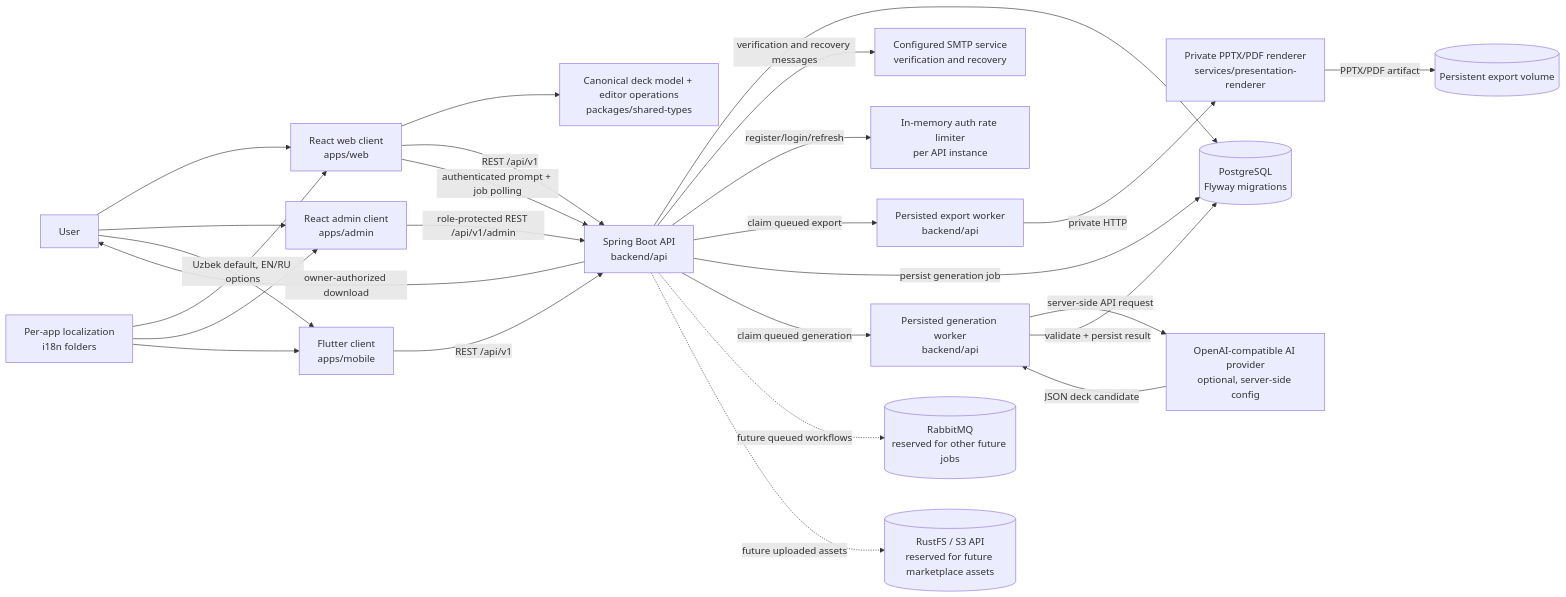
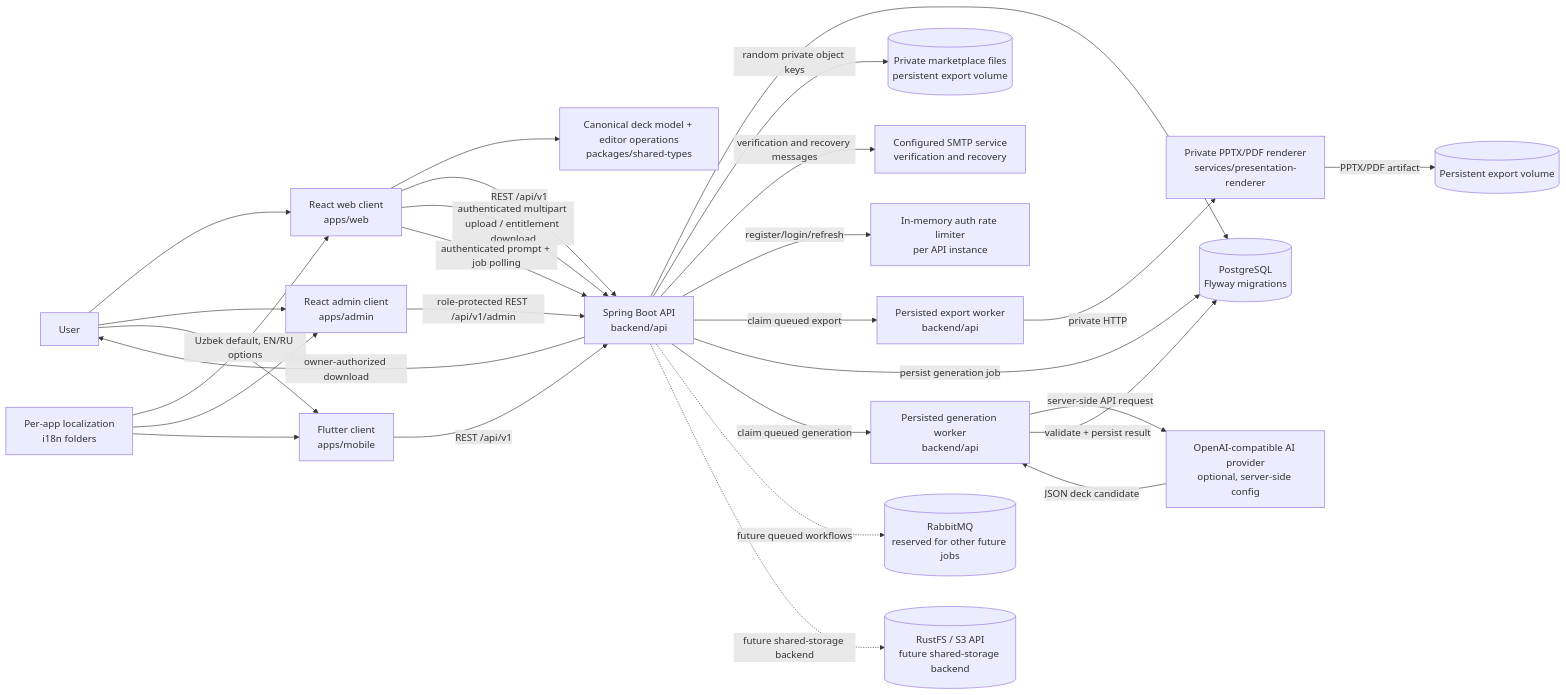
The first of 3 diagrams in docs/PROJECT_MAP.md (encodeschool/SLIDE_APP), drawn with Mermaid before and after one commit. The commit also changed other lines of this file and 31 other files, not shown here.

````diff
--- a/docs/PROJECT_MAP.md
+++ b/docs/PROJECT_MAP.md
@@ -7,46 +7,49 @@
 ```mermaid
 flowchart LR
     User[User]
     Web[React web client<br/>apps/web]
     Admin[React admin client<br/>apps/admin]
     Mobile[Flutter client<br/>apps/mobile]
     I18n[Per-app localization<br/>i18n folders]
     Shared[Canonical deck model + editor operations<br/>packages/shared-types]
     API[Spring Boot API<br/>backend/api]
     AuthLimit[In-memory auth rate limiter<br/>per API instance]
     DB[(PostgreSQL<br/>Flyway migrations)]
+    MarketplaceFiles[(Private marketplace files<br/>persistent export volume)]
     Worker[Persisted export worker<br/>backend/api]
     Renderer[Private PPTX/PDF renderer<br/>services/presentation-renderer]
     Files[(Persistent export volume)]
     GenerationWorker[Persisted generation worker<br/>backend/api]
     AIProvider[OpenAI-compatible AI provider<br/>optional, server-side config]
     Mail[Configured SMTP service<br/>verification and recovery]
     Queue[(RabbitMQ<br/>reserved for other future jobs)]
-    Storage[(RustFS / S3 API<br/>reserved for future marketplace assets)]
+    Storage[(RustFS / S3 API<br/>future shared-storage backend)]
 
     User --> Web
     User --> Admin
     User --> Mobile
     I18n -->|Uzbek default, EN/RU options| Web
     I18n --> Admin
     I18n --> Mobile
     Web --> Shared
     Web -->|REST /api/v1| API
     Admin -->|role-protected REST /api/v1/admin| API
     Mobile -->|REST /api/v1| API
     API --> DB
+    API -->|random private object keys| MarketplaceFiles
+    Web -->|authenticated multipart upload / entitlement download| API
     API -->|verification and recovery messages| Mail
     API -->|register/login/refresh| AuthLimit
     API -->|claim queued export| Worker
     Web -->|authenticated prompt + job polling| API
     API -->|persist generation job| DB
     API -->|claim queued generation| GenerationWorker
     GenerationWorker -->|server-side API request| AIProvider
     AIProvider -->|JSON deck candidate| GenerationWorker
     GenerationWorker -->|validate + persist result| DB
     Worker -->|private HTTP| Renderer
     Renderer -->|PPTX/PDF artifact| Files
     API -->|owner-authorized download| User
     API -. future queued workflows .-> Queue
-    API -. future uploaded assets .-> Storage
+    API -. future shared-storage backend .-> Storage
 ```
````
